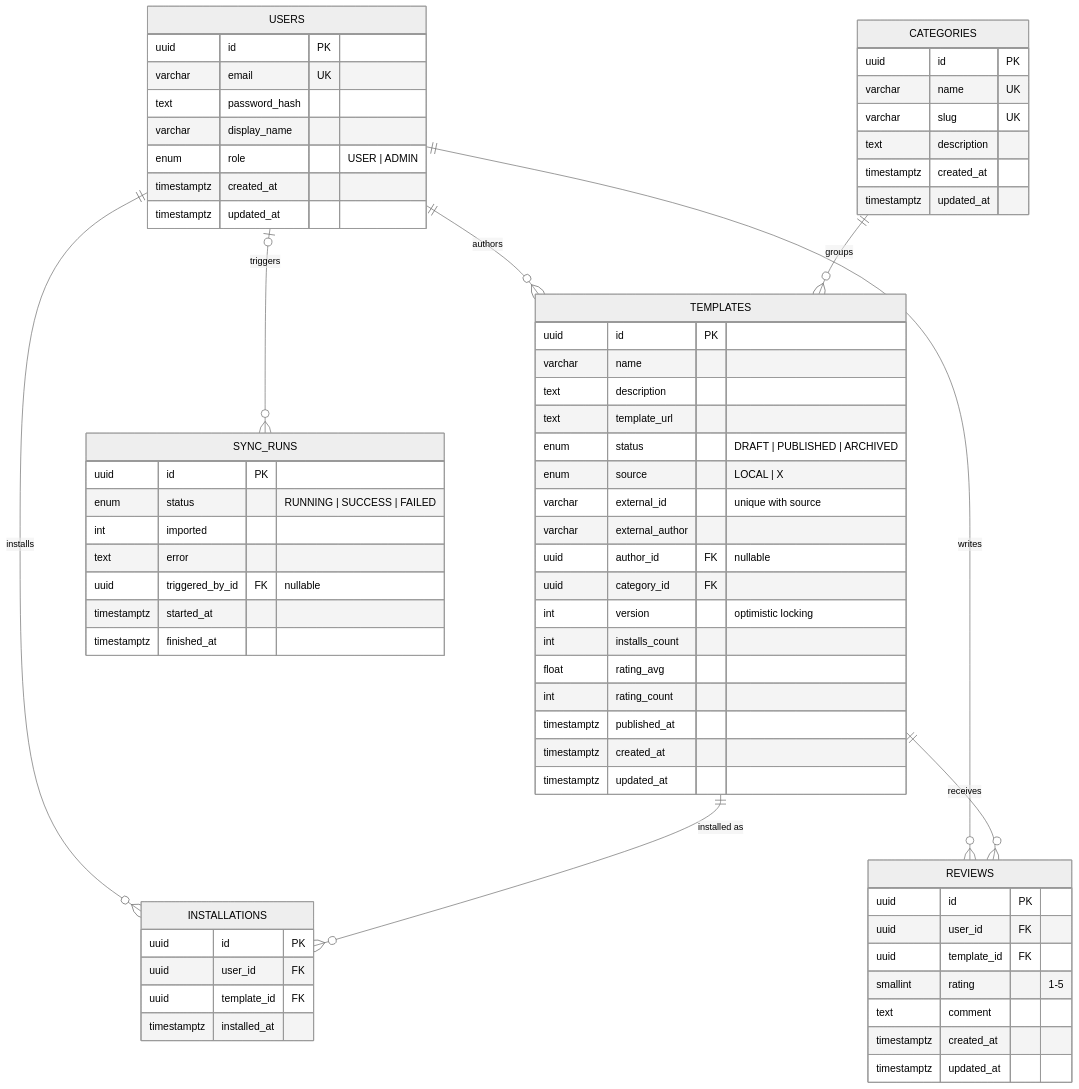
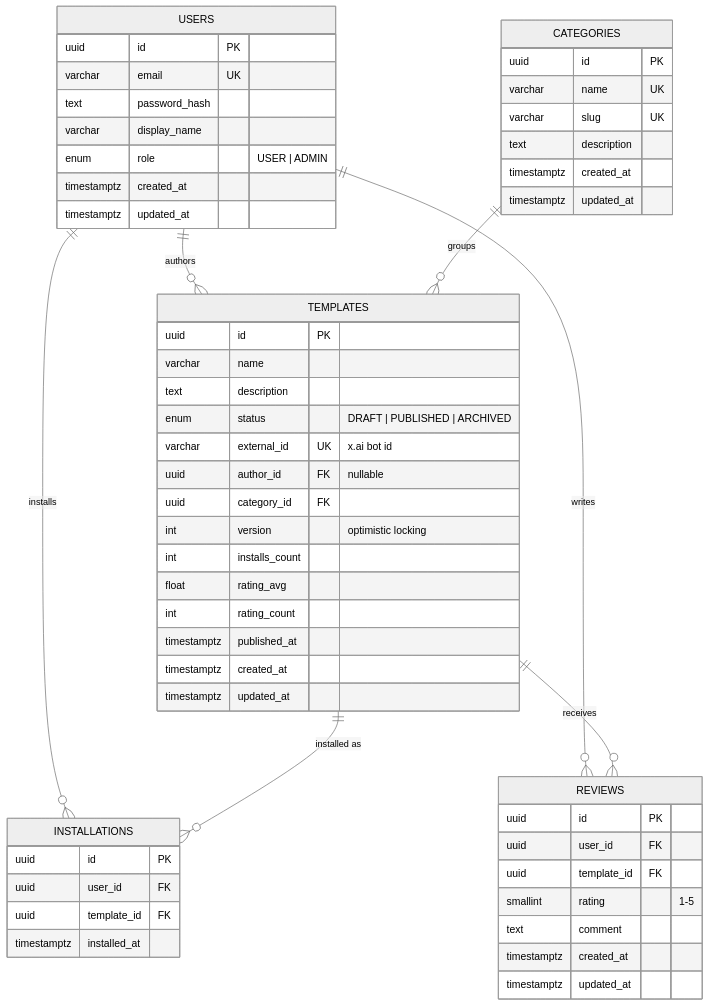
The second of 2 diagrams in README.md (Sniezka1927/agentic-marketplace), drawn with Mermaid (neutral theme) before and after one commit. The commit also changed other lines of this file and 50 other files, not shown here.

````diff
--- a/README.md
+++ b/README.md
@@ -133,71 +129,58 @@
 ```mermaid
 erDiagram
   USERS ||--o{ TEMPLATES : authors
   CATEGORIES ||--o{ TEMPLATES : groups
   USERS ||--o{ INSTALLATIONS : installs
   TEMPLATES ||--o{ INSTALLATIONS : "installed as"
   USERS ||--o{ REVIEWS : writes
   TEMPLATES ||--o{ REVIEWS : receives
-  USERS |o--o{ SYNC_RUNS : triggers
 
   USERS {
     uuid id PK
     varchar email UK
     text password_hash
     varchar display_name
     enum role "USER | ADMIN"
     timestamptz created_at
     timestamptz updated_at
   }
   CATEGORIES {
     uuid id PK
     varchar name UK
     varchar slug UK
     text description
     timestamptz created_at
     timestamptz updated_at
   }
   TEMPLATES {
     uuid id PK
     varchar name
     text description
-    text template_url
     enum status "DRAFT | PUBLISHED | ARCHIVED"
-    enum source "LOCAL | X"
-    varchar external_id "unique with source"
-    varchar external_author
+    varchar external_id UK "x.ai bot id"
     uuid author_id FK "nullable"
     uuid category_id FK
     int version "optimistic locking"
     int installs_count
     float rating_avg
     int rating_count
     timestamptz published_at
     timestamptz created_at
     timestamptz updated_at
   }
   INSTALLATIONS {
     uuid id PK
     uuid user_id FK
     uuid template_id FK
     timestamptz installed_at
   }
   REVIEWS {
     uuid id PK
     uuid user_id FK
     uuid template_id FK
     smallint rating "1-5"
     text comment
     timestamptz created_at
     timestamptz updated_at
   }
-  SYNC_RUNS {
-    uuid id PK
-    enum status "RUNNING | SUCCESS | FAILED"
-    int imported
-    text error
-    uuid triggered_by_id FK "nullable"
-    timestamptz started_at
-    timestamptz finished_at
-  }
 ```
````
